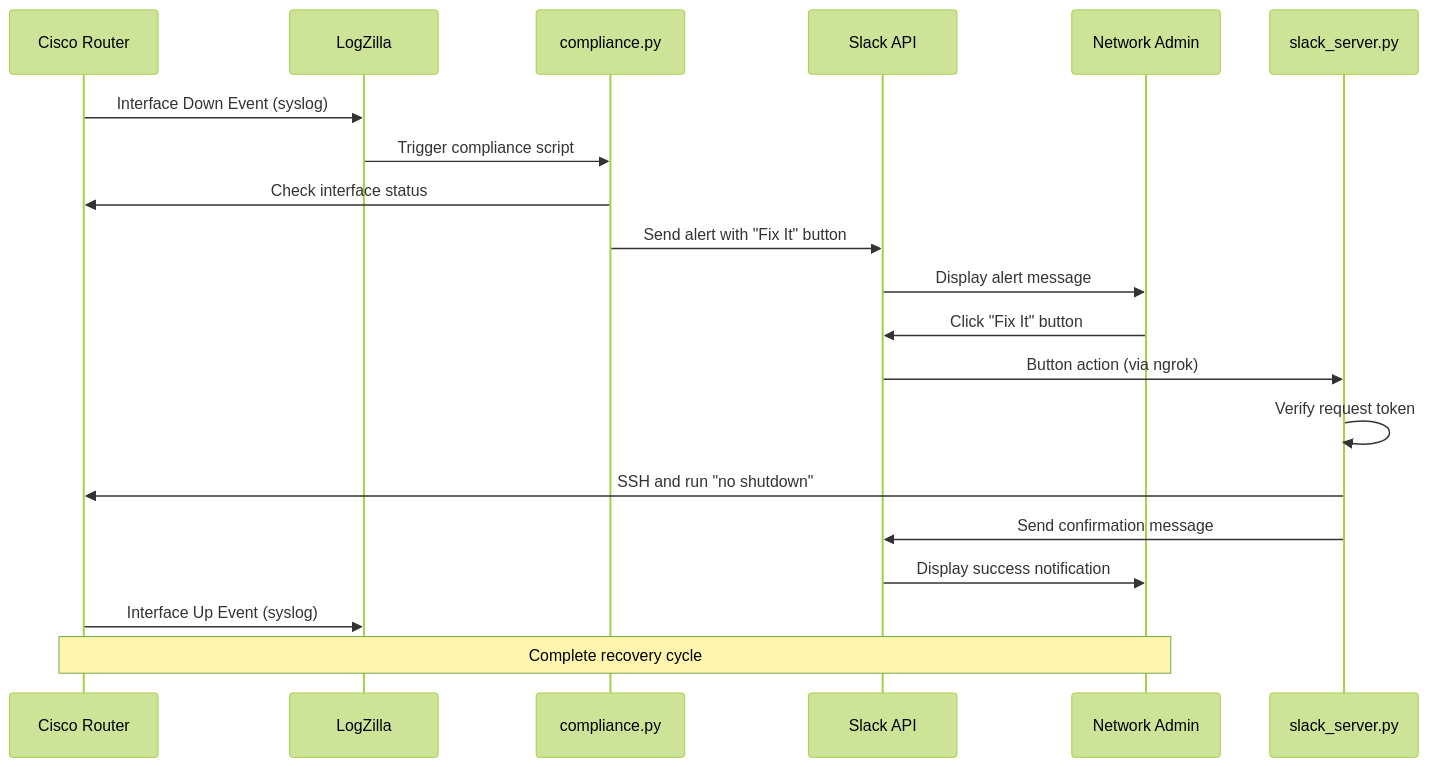
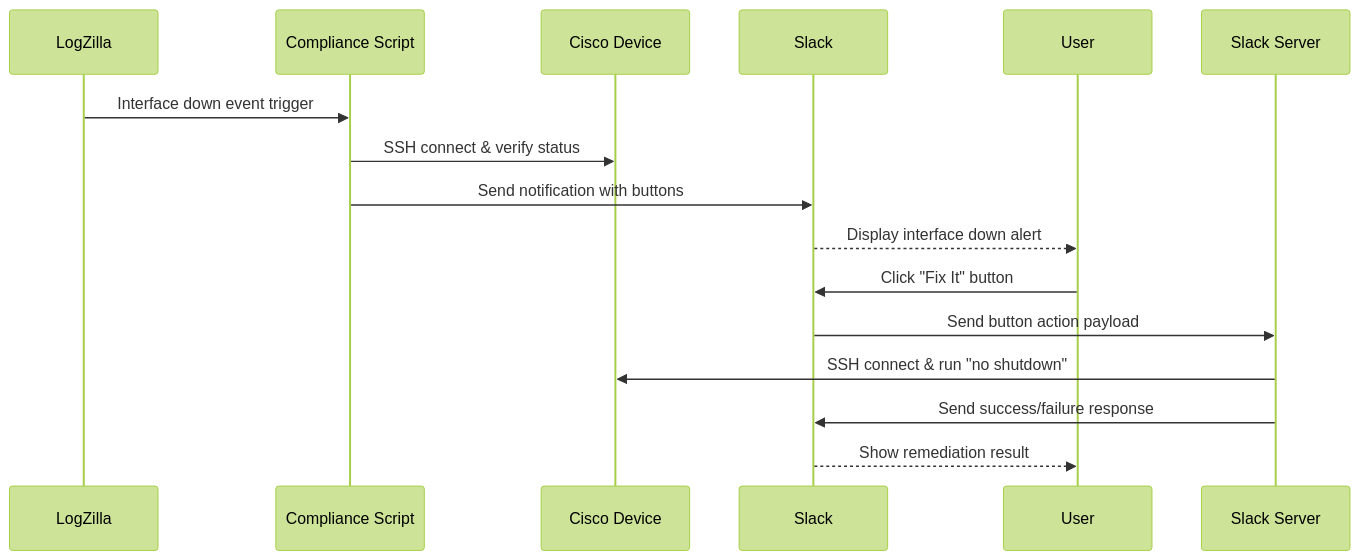
The third of 6 diagrams in docs/diagrams.md (claytondukes/logzilla-triggers), drawn with Mermaid (forest theme) before and after one commit. The commit also changed other lines of this file and 6 other files, not shown here.

Commit message:
docs: Update comprehensive documentation for LogZilla Cisco Interface Compliance project

````diff
--- a/docs/diagrams.md
+++ b/docs/diagrams.md
@@ -47,23 +54,19 @@
 ```mermaid
 sequenceDiagram
-    participant Router as Cisco Router
     participant LZ as LogZilla
-    participant Script as compliance.py
-    participant Slack as Slack API
-    participant User as Network Admin
-    participant Server as slack_server.py
+    participant CS as Compliance Script
+    participant CD as Cisco Device
+    participant S as Slack
+    participant U as User
+    participant SS as Slack Server
     
-    Router->>LZ: Interface Down Event (syslog)
-    LZ->>Script: Trigger compliance script
-    Script->>Router: Check interface status
-    Script->>Slack: Send alert with "Fix It" button
-    Slack->>User: Display alert message
-    User->>Slack: Click "Fix It" button
-    Slack->>Server: Button action (via ngrok)
-    Server->>Server: Verify request token
-    Server->>Router: SSH and run "no shutdown"
-    Server->>Slack: Send confirmation message
-    Slack->>User: Display success notification
-    Router->>LZ: Interface Up Event (syslog)
-    Note over Router,User: Complete recovery cycle
+    LZ->>CS: Interface down event trigger
+    CS->>CD: SSH connect & verify status
+    CS->>S: Send notification with buttons
+    S-->>U: Display interface down alert
+    U->>S: Click "Fix It" button
+    S->>SS: Send button action payload
+    SS->>CD: SSH connect & run "no shutdown"
+    SS->>S: Send success/failure response
+    S-->>U: Show remediation result
 ```
````
